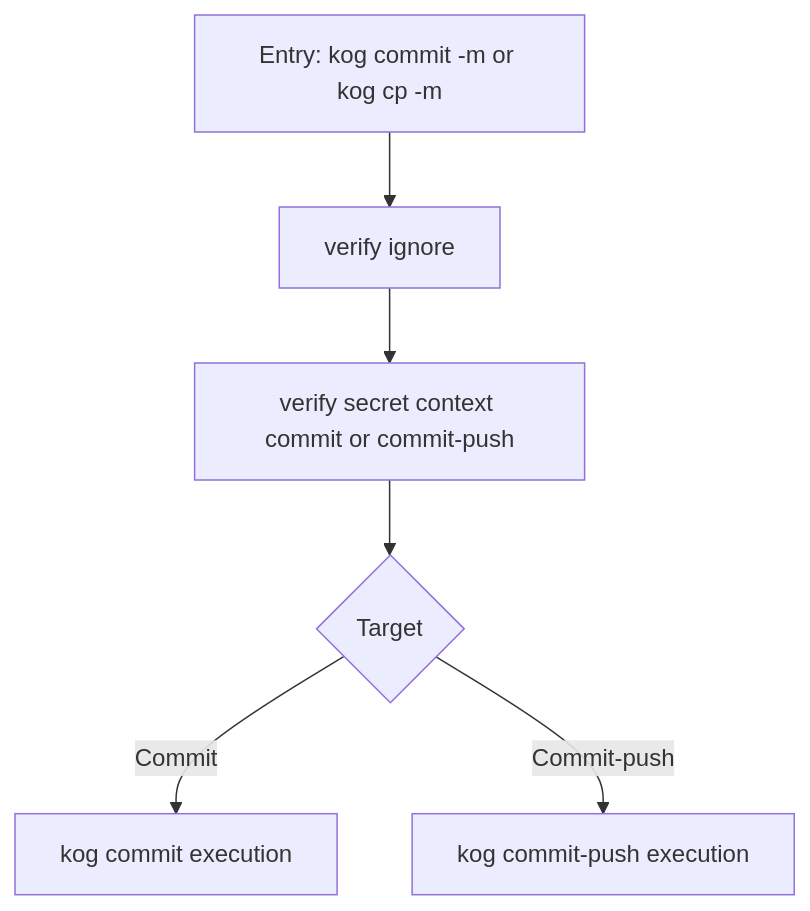
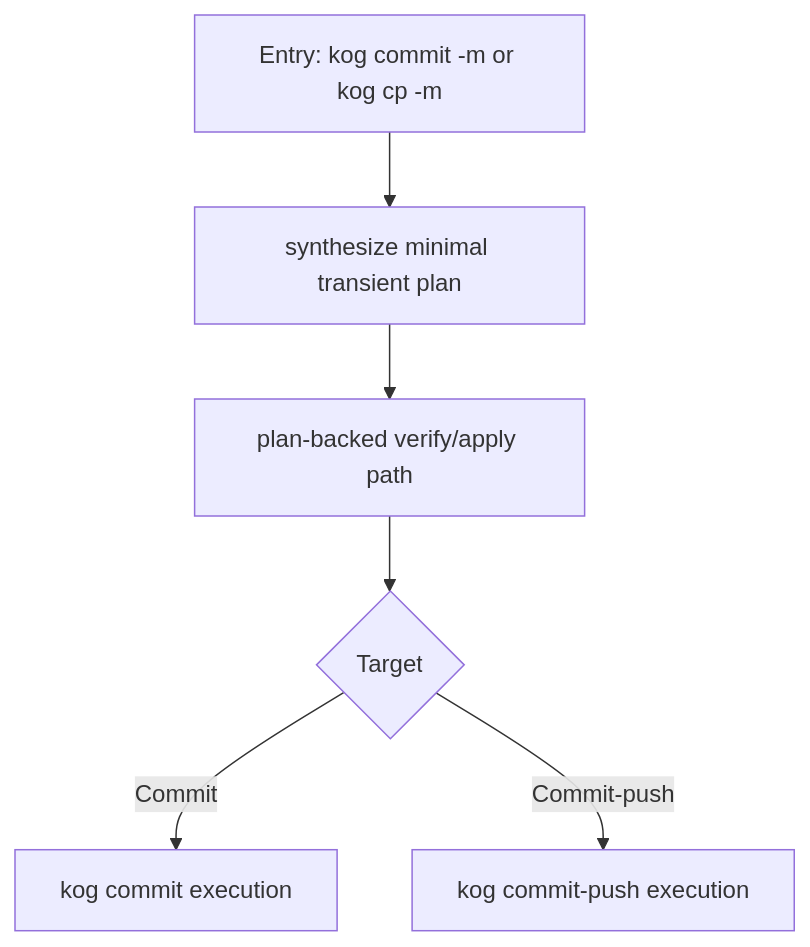
One commit to kanohorizonia/kano-git-master-skill changed the third of 3 diagrams in docs/guides/cpa-commit-plan-workflow.md. Above: the diagram before and after it, drawn with Mermaid. The commit also changed other lines of this file and 34 other files, not shown here.

````diff
--- a/docs/guides/cpa-commit-plan-workflow.md
+++ b/docs/guides/cpa-commit-plan-workflow.md
@@ -154,8 +154,8 @@
 ```mermaid
 flowchart TD
-    A[Entry: kog commit -m or kog cp -m] --> B[verify ignore]
-    B --> C[verify secret context commit or commit-push]
+    A[Entry: kog commit -m or kog cp -m] --> B[synthesize minimal transient plan]
+    B --> C[plan-backed verify/apply path]
     C --> D{Target}
     D -->|Commit| E[kog commit execution]
     D -->|Commit-push| F[kog commit-push execution]
 ```
````
